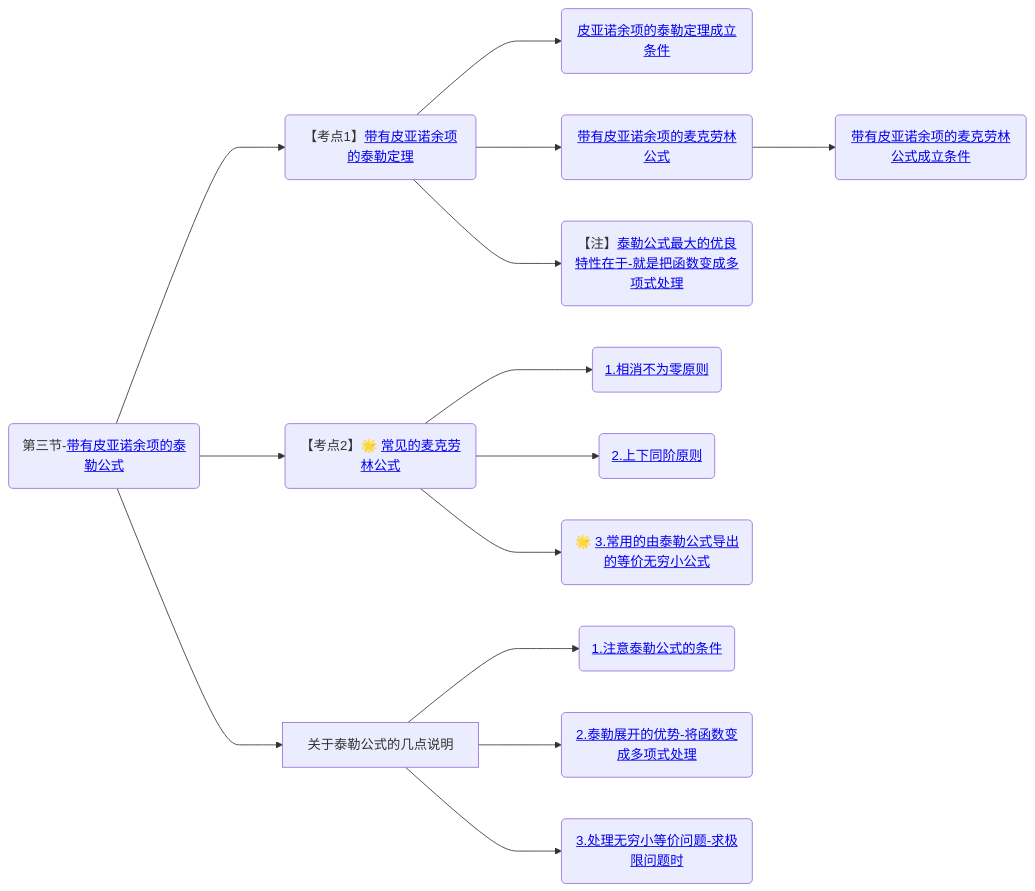
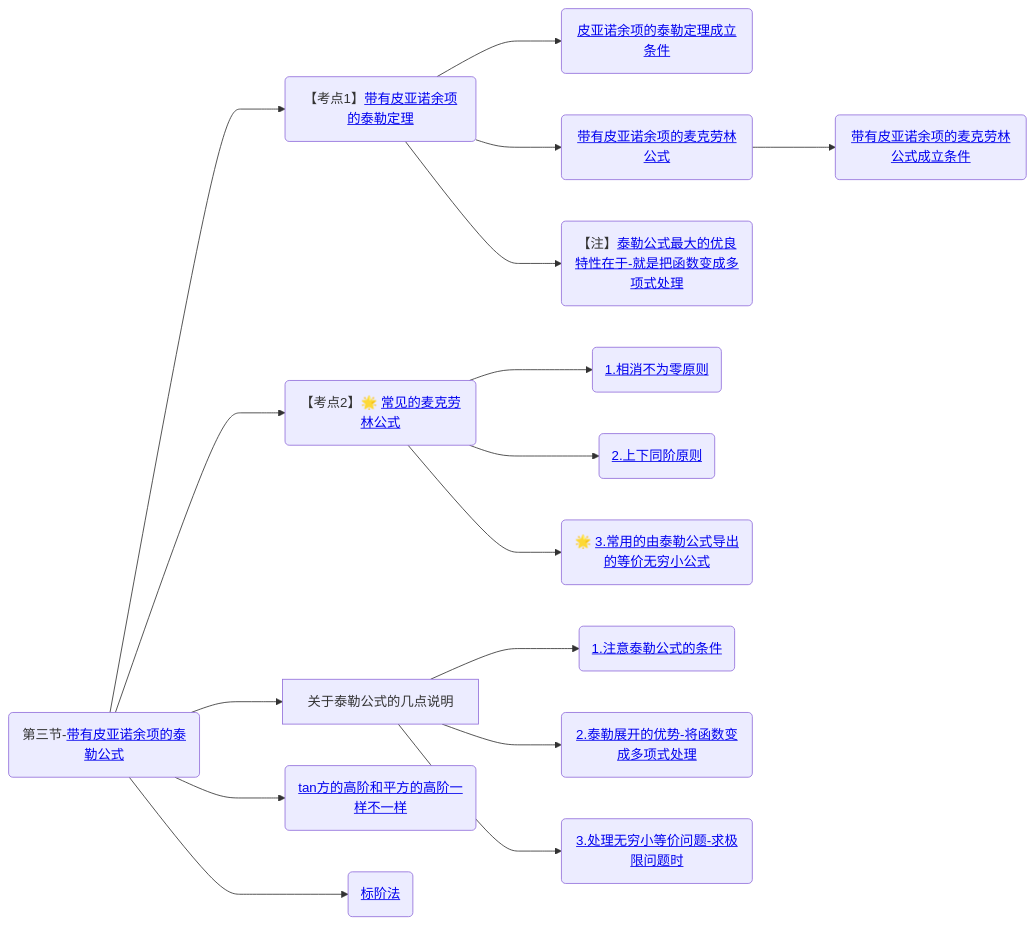
The third of 3 diagrams in 笔记/数学/周洋鑫/基础班/00.大纲.md (yuebinghui/note), drawn with Mermaid before and after one commit. The commit also changed 9 other files, not shown here.

````diff
--- a/笔记/数学/周洋鑫/基础班/00.大纲.md
+++ b/笔记/数学/周洋鑫/基础班/00.大纲.md
@@ -88,22 +88,24 @@
 ```mermaid
 graph LR
 
 带有皮亚诺余项的泰勒公式(第三节-<a href="/Users/yuebinghui/Documents/program/github/note/笔记/数学/周洋鑫/基础班/03.泰勒公式-洛必达法则.md#带有皮亚诺余项的泰勒公式">带有皮亚诺余项的泰勒公式</>)
 
 带有皮亚诺余项的泰勒公式--->带有皮亚诺余项的泰勒定理(【考点1】<a href="/Users/yuebinghui/Documents/program/github/note/笔记/数学/周洋鑫/基础班/03.泰勒公式-洛必达法则.md#带有皮亚诺余项的泰勒定理">带有皮亚诺余项的泰勒定理</>)
 带有皮亚诺余项的泰勒定理--->皮亚诺余项的泰勒定理成立条件(<a href="/Users/yuebinghui/Documents/program/github/note/笔记/数学/周洋鑫/基础班/03.泰勒公式-洛必达法则.md#皮亚诺余项的泰勒定理成立条件">皮亚诺余项的泰勒定理成立条件</>)
 带有皮亚诺余项的泰勒定理--->带有皮亚诺余项的麦克劳林公式(<a href="/Users/yuebinghui/Documents/program/github/note/笔记/数学/周洋鑫/基础班/03.泰勒公式-洛必达法则.md#带有皮亚诺余项的麦克劳林公式">带有皮亚诺余项的麦克劳林公式</>)
 带有皮亚诺余项的麦克劳林公式--->带有皮亚诺余项的麦克劳林公式成立条件(<a href="/Users/yuebinghui/Documents/program/github/note/笔记/数学/周洋鑫/基础班/03.泰勒公式-洛必达法则.md#带有皮亚诺余项的麦克劳林公式成立条件">带有皮亚诺余项的麦克劳林公式成立条件</>)
 带有皮亚诺余项的泰勒定理--->泰勒公式最大的优良特性在于-就是把函数变成多项式处理(【注】<a href="/Users/yuebinghui/Documents/program/github/note/笔记/数学/周洋鑫/基础班/03.泰勒公式-洛必达法则.md#泰勒公式最大的优良特性在于-就是把函数变成多项式处理">泰勒公式最大的优良特性在于-就是把函数变成多项式处理</>)
 
 带有皮亚诺余项的泰勒公式--->常见的麦克劳林公式(【考点2】🌟 <a href="/Users/yuebinghui/Documents/program/github/note/笔记/数学/周洋鑫/基础班/03.泰勒公式-洛必达法则.md#常见的麦克劳林公式">常见的麦克劳林公式</>)
 常见的麦克劳林公式--->1.相消不为零原则(<a href="/Users/yuebinghui/Documents/program/github/note/笔记/数学/周洋鑫/基础班/03.泰勒公式-洛必达法则.md#1.相消不为零原则">1.相消不为零原则</>)
 常见的麦克劳林公式--->2.上下同阶原则(<a href="/Users/yuebinghui/Documents/program/github/note/笔记/数学/周洋鑫/基础班/03.泰勒公式-洛必达法则.md#2.上下同阶原则">2.上下同阶原则</>)
 常见的麦克劳林公式--->3.常用的由泰勒公式导出的等价无穷小公式(🌟 <a href="/Users/yuebinghui/Documents/program/github/note/笔记/数学/周洋鑫/基础班/03.泰勒公式-洛必达法则.md#3.常用的由泰勒公式导出的等价无穷小公式">3.常用的由泰勒公式导出的等价无穷小公式</>)
 带有皮亚诺余项的泰勒公式--->关于泰勒公式的几点说明
 关于泰勒公式的几点说明--->1.注意泰勒公式的条件(<a href="/Users/yuebinghui/Documents/program/github/note/笔记/数学/周洋鑫/基础班/03.泰勒公式-洛必达法则.md#1.注意泰勒公式的条件">1.注意泰勒公式的条件</>)
 关于泰勒公式的几点说明--->2.泰勒展开的优势-将函数变成多项式处理(<a href="/Users/yuebinghui/Documents/program/github/note/笔记/数学/周洋鑫/基础班/03.泰勒公式-洛必达法则.md#2.泰勒展开的优势-将函数变成多项式处理">2.泰勒展开的优势-将函数变成多项式处理</>)
 关于泰勒公式的几点说明--->3.处理无穷小等价问题-求极限问题时(<a href="/Users/yuebinghui/Documents/program/github/note/笔记/数学/周洋鑫/基础班/03.泰勒公式-洛必达法则.md#3.处理无穷小等价问题-求极限问题时">3.处理无穷小等价问题-求极限问题时</>)
 
+带有皮亚诺余项的泰勒公式--->tan方的高阶和平方的高阶一样不一样(<a href="/Users/yuebinghui/Documents/program/github/note/笔记/数学/周洋鑫/基础班/03.泰勒公式-洛必达法则.md#tan方的高阶和平方的高阶一样不一样">tan方的高阶和平方的高阶一样不一样</>)
 
+带有皮亚诺余项的泰勒公式--->标阶法(<a href="/Users/yuebinghui/Documents/program/github/note/笔记/数学/周洋鑫/基础班/03.泰勒公式-洛必达法则.md#标阶法">标阶法</>)
 ```
````
